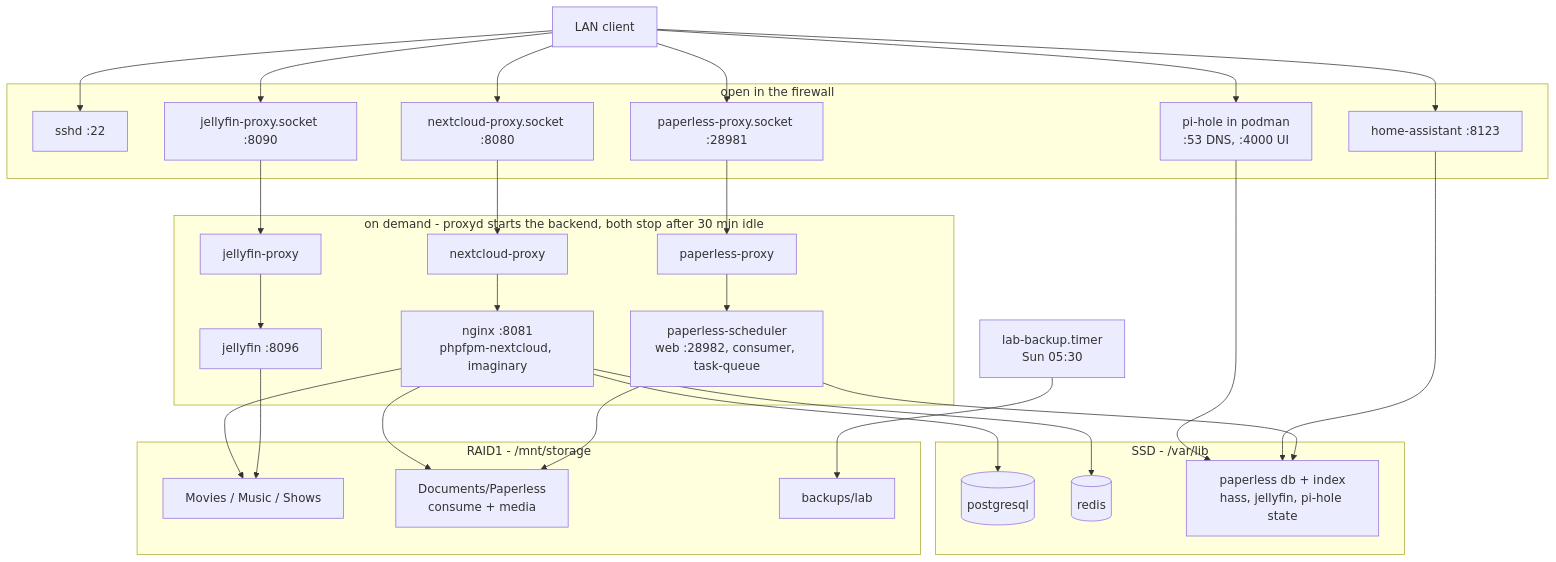
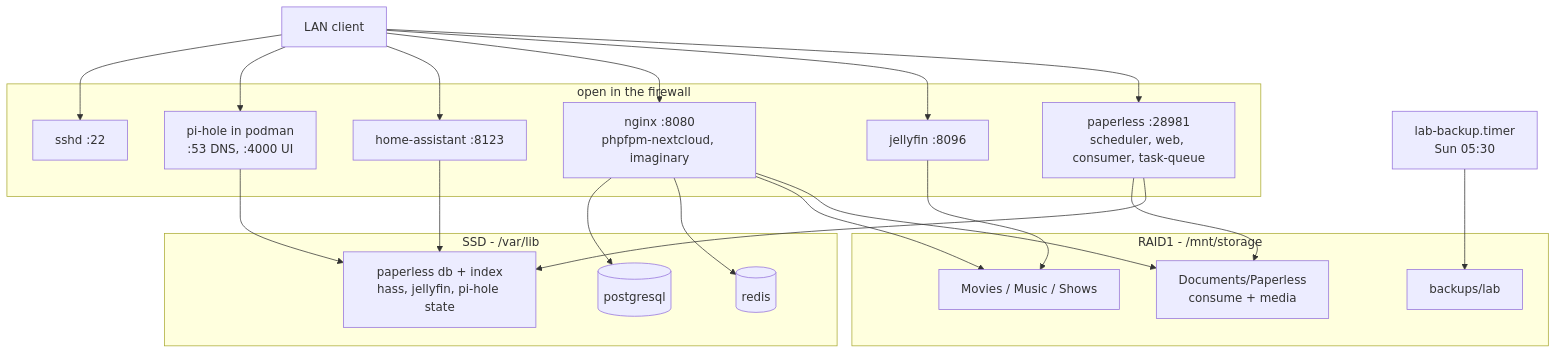
Before and after one commit to antonkesy/home-server: the second of 2 diagrams in README.md, drawn with Mermaid. The commit also changed other lines of this file and 13 other files, not shown here.

````diff
--- a/README.md
+++ b/README.md
@@ -48,45 +48,36 @@
 ```mermaid
 flowchart TD
   client["LAN client"]
 
   subgraph fw["open in the firewall"]
     ssh["sshd :22"]
     ph["pi-hole in podman<br>:53 DNS, :4000 UI"]
     has["home-assistant :8123"]
-    ncs["nextcloud-proxy.socket :8080"]
-    jfs["jellyfin-proxy.socket :8090"]
-    pls["paperless-proxy.socket :28981"]
-  end
-
-  subgraph demand["on demand - proxyd starts the backend, both stop after 30 min idle"]
-    ncp["nextcloud-proxy"] --> ncb["nginx :8081<br>phpfpm-nextcloud, imaginary"]
-    jfp["jellyfin-proxy"] --> jfb["jellyfin :8096"]
-    plp["paperless-proxy"] --> plb["paperless-scheduler<br>web :28982, consumer, task-queue"]
+    ncb["nginx :8080<br>phpfpm-nextcloud, imaginary"]
+    jfb["jellyfin :8096"]
+    plb["paperless :28981<br>scheduler, web, consumer, task-queue"]
   end
 
   subgraph ssdg["SSD - /var/lib"]
     pg[("postgresql")]
     rd[("redis")]
     st["paperless db + index<br>hass, jellyfin, pi-hole state"]
   end
 
   subgraph raid["RAID1 - /mnt/storage"]
     med["Movies / Music / Shows"]
     doc["Documents/Paperless<br>consume + media"]
     bak["backups/lab"]
   end
 
   client --> ssh & ph & has
-  client --> ncs & jfs & pls
-  ncs --> ncp
-  jfs --> jfp
-  pls --> plp
+  client --> ncb & jfb & plb
   ph --> st
   has --> st
   ncb --> pg & rd
   ncb --> med & doc
   jfb --> med
   plb --> doc
   plb --> st
   tb["lab-backup.timer<br>Sun 05:30"] --> bak
 ```
````
